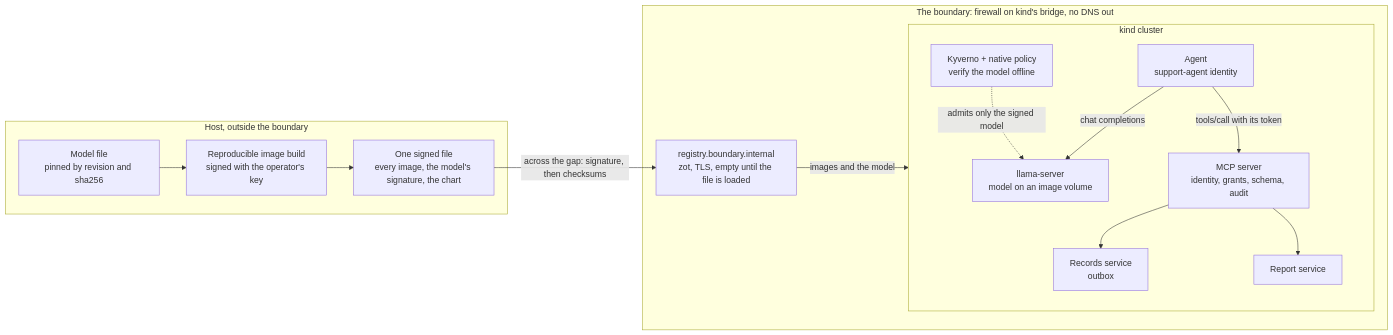
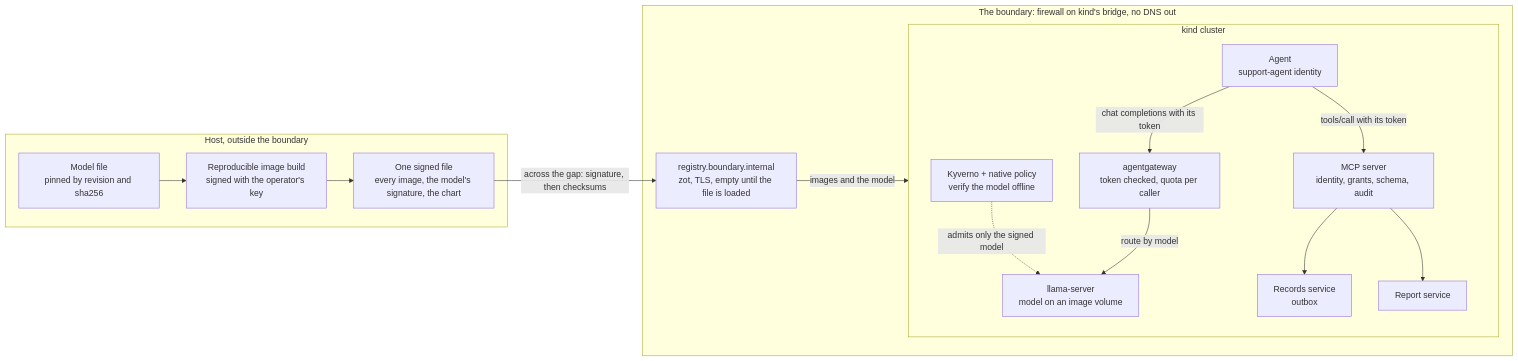
One commit to heyvaldemar/kubernetes-air-gapped-ai-agent changed the diagram in README.md. Above: the diagram before and after it, drawn with Mermaid. The commit also changed other lines of this file and 17 other files, not shown here.

````diff
--- a/README.md
+++ b/README.md
@@ -71,25 +72,27 @@
 ```mermaid
 flowchart LR
   subgraph host["Host, outside the boundary"]
     hf["Model file<br/>pinned by revision and sha256"] --> build["Reproducible image build<br/>signed with the operator's key"]
     build --> file["One signed file<br/>every image, the model's signature, the chart"]
   end
   subgraph boundary["The boundary: firewall on kind's bridge, no DNS out"]
     reg["registry.boundary.internal<br/>zot, TLS, empty until the file is loaded"]
     subgraph cluster["kind cluster"]
       kyv["Kyverno + native policy<br/>verify the model offline"]
       llm["llama-server<br/>model on an image volume"]
+      gw["agentgateway<br/>token checked, quota per caller"]
       agent["Agent<br/>support-agent identity"]
       mcp["MCP server<br/>identity, grants, schema, audit"]
       rec["Records service<br/>outbox"]
       rep["Report service"]
     end
   end
   file -->|"across the gap: signature, then checksums"| reg
   reg -->|"images and the model"| cluster
   kyv -. "admits only the signed model" .-> llm
-  agent -->|"chat completions"| llm
+  agent -->|"chat completions with its token"| gw
+  gw -->|"route by model"| llm
   agent -->|"tools/call with its token"| mcp
   mcp --> rec
   mcp --> rep
 ```
````
